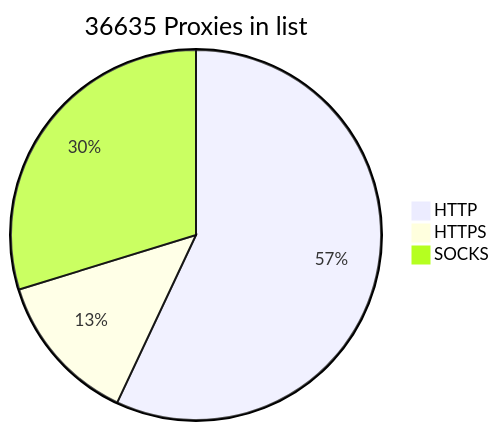
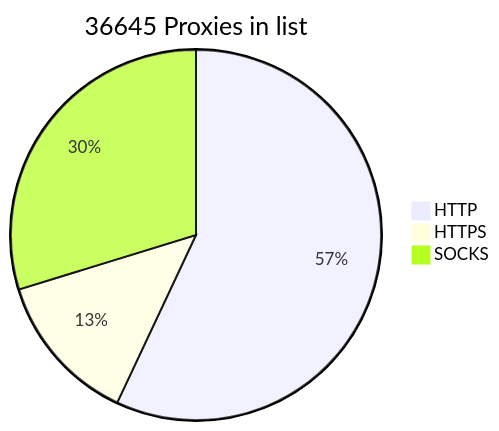
One commit to BlackSnowDot/proxylist-update-every-minute changed the diagram in README.md. Above: the diagram before and after it, drawn with Mermaid.

````diff
--- a/README.md
+++ b/README.md
@@ -2,6 +2,6 @@
 ```mermaid
-pie title 36635 Proxies in list
-    "HTTP" : 23195
-    "HTTPS": 5391
+pie title 36645 Proxies in list
+    "HTTP" : 23197
+    "HTTPS": 5398
     "SOCKS" : 12109
 ```
````
